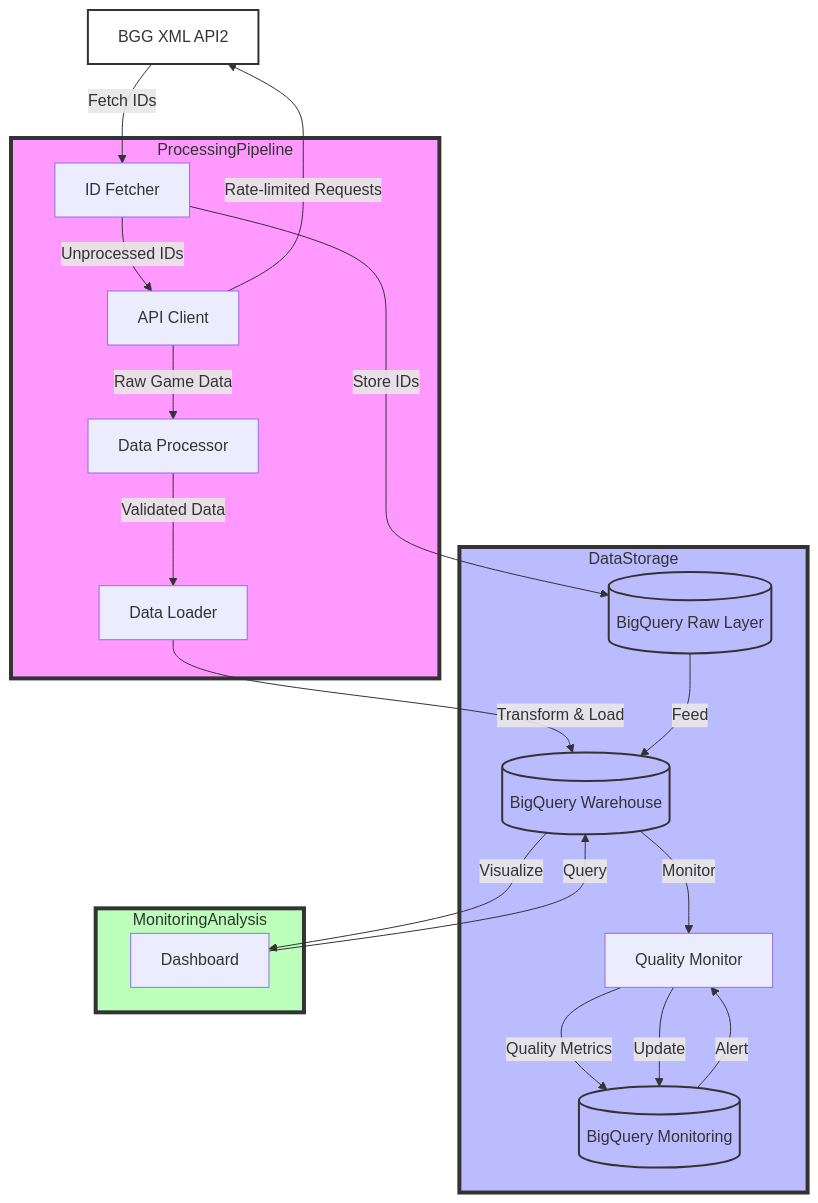
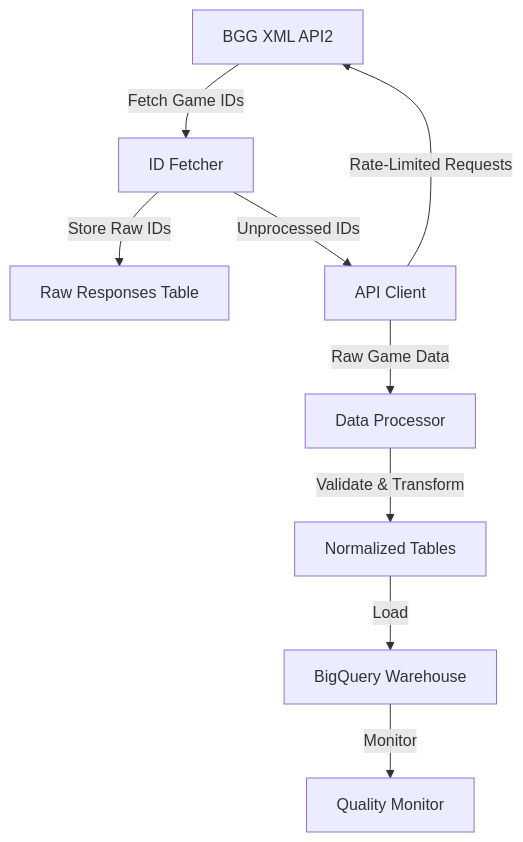
Before and after one commit to phenrickson/bgg-data-warehouse: the diagram in README.md, drawn with Mermaid. The commit also changed other lines of this file and 13 other files, not shown here.

````diff
--- a/README.md
+++ b/README.md
@@ -9,38 +29,11 @@
 ```mermaid
 graph TD
-    A[BGG XML API2] -->|Fetch IDs| B[ID Fetcher]
-    B -->|Store IDs| C[(BigQuery Raw Layer)]
+    A[BGG XML API2] -->|Fetch Game IDs| B[ID Fetcher]
+    B -->|Store Raw IDs| C[Raw Responses Table]
     B -->|Unprocessed IDs| D[API Client]
-    D -->|Rate-limited Requests| A
+    D -->|Rate-Limited Requests| A
     D -->|Raw Game Data| E[Data Processor]
-    E -->|Validated Data| F[Data Loader]
-    F -->|Transform & Load| G[(BigQuery Warehouse)]
+    E -->|Validate & Transform| F[Normalized Tables]
+    F -->|Load| G[BigQuery Warehouse]
     G -->|Monitor| H[Quality Monitor]
-    H -->|Quality Metrics| I[(BigQuery Monitoring)]
-    G -->|Visualize| J[Dashboard]
-
-    subgraph ProcessingPipeline
-        B
-        D
-        E
-        F
-    end
-
-    subgraph DataStorage
-        C -->|Feed| G
-        I -->|Alert| H
-    end
-
-    subgraph MonitoringAnalysis
-        H -->|Update| I
-        J -->|Query| G
-    end
-
-    style ProcessingPipeline fill:#f9f,stroke:#333,stroke-width:4px
-    style DataStorage fill:#bbf,stroke:#333,stroke-width:4px
-    style MonitoringAnalysis fill:#bfb,stroke:#333,stroke-width:4px
-    style A fill:#fff,stroke:#333,stroke-width:2px
-    style C fill:#bbf,stroke:#333,stroke-width:2px
-    style G fill:#bbf,stroke:#333,stroke-width:2px
-    style I fill:#bbf,stroke:#333,stroke-width:2px
 ```
````
